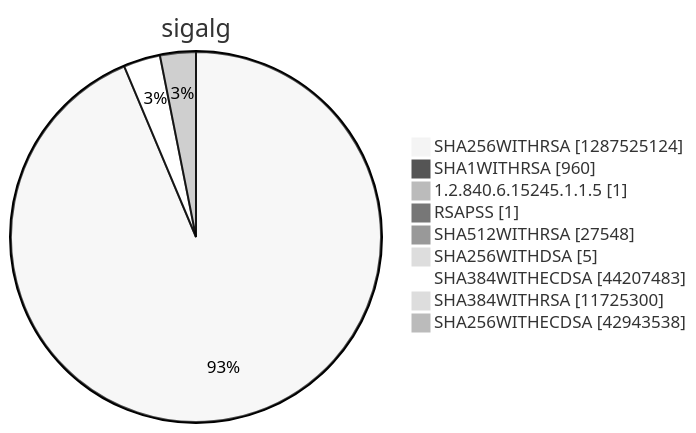
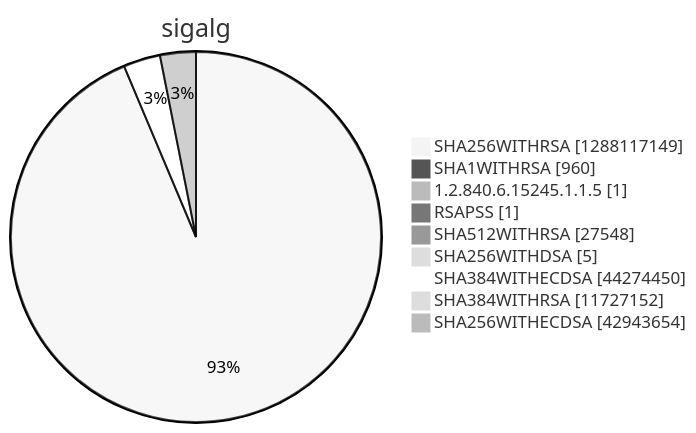
Before and after one commit to christiankrug/ctmonitor_visualization: diagram 15 of 15 in argon2022/README.md, drawn with Mermaid (neutral theme). The commit also changed other lines of this file, not shown here.

````diff
--- a/argon2022/README.md
+++ b/argon2022/README.md
@@ -5523,13 +5523,13 @@
 ```mermaid
 pie showData
 title sigalg
-"SHA256WITHRSA" :1287525124
+"SHA256WITHRSA" :1288117149
 "SHA1WITHRSA" :960
 "1.2.840.6.15245.1.1.5" :1
 "RSAPSS" :1
 "SHA512WITHRSA" :27548
 "SHA256WITHDSA" :5
-"SHA384WITHECDSA" :44207483
-"SHA384WITHRSA" :11725300
-"SHA256WITHECDSA" :42943538
+"SHA384WITHECDSA" :44274450
+"SHA384WITHRSA" :11727152
+"SHA256WITHECDSA" :42943654
 ```
````
